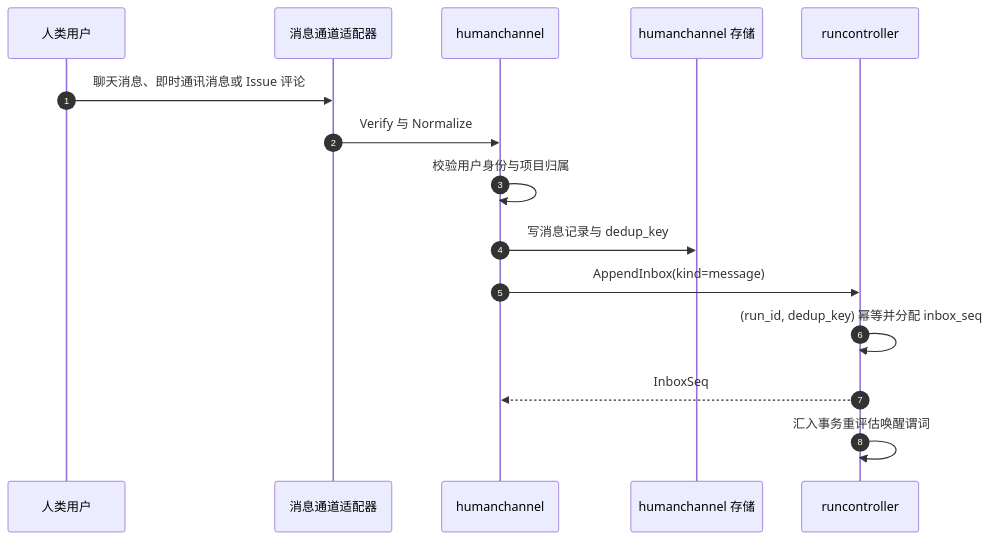
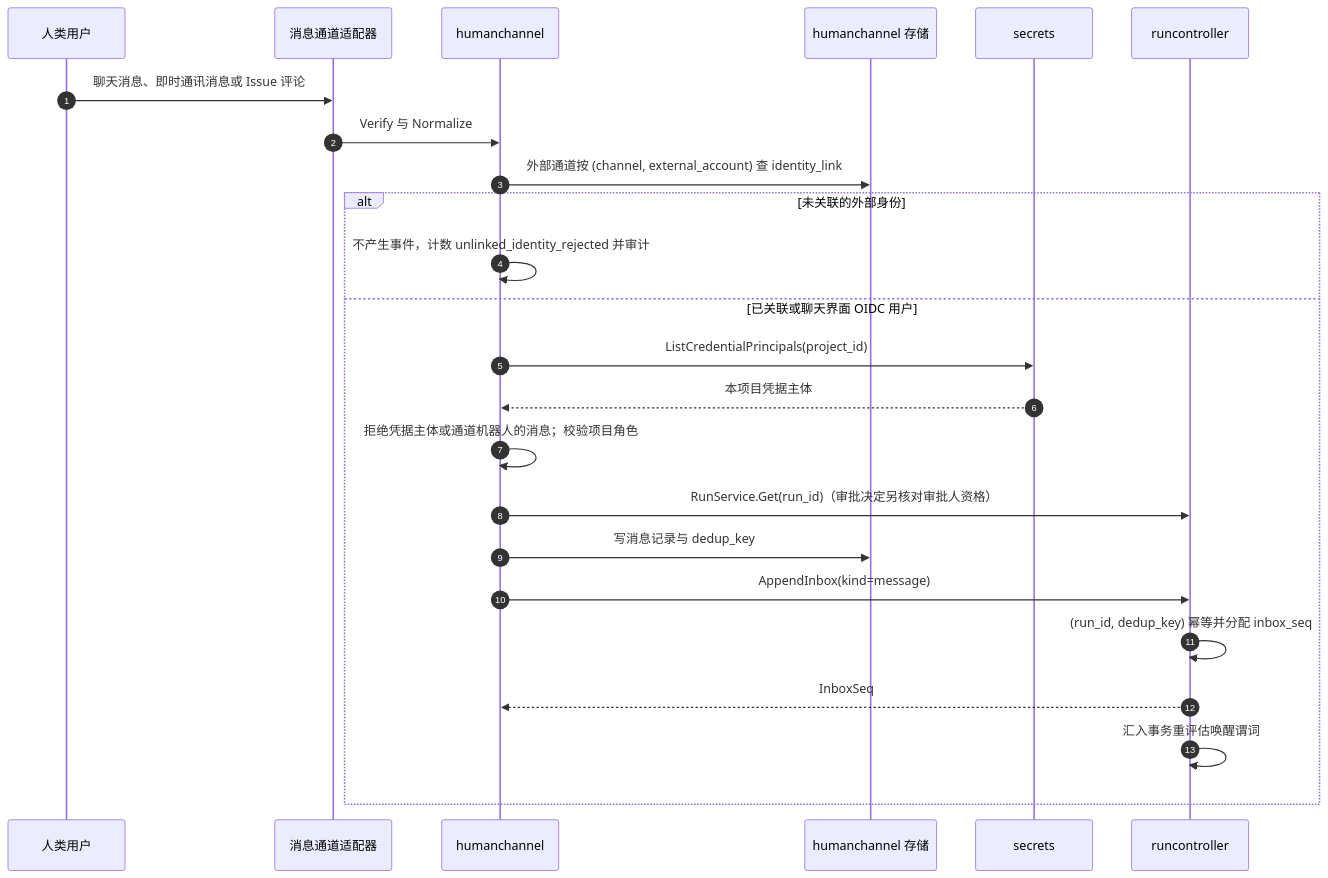
Before and after one commit to wangzw/castworks: the first of 4 diagrams in docs/design/modules/design-humanchannel.md, drawn with Mermaid. The commit also changed other lines of this file and 29 other files, not shown here.

````diff
--- a/docs/design/modules/design-humanchannel.md
+++ b/docs/design/modules/design-humanchannel.md
@@ -185,17 +248,26 @@
 ```mermaid
 sequenceDiagram
     autonumber
     participant U as 人类用户
     participant A as 消息通道适配器
     participant H as humanchannel
     participant S as humanchannel 存储
+    participant K as secrets
     participant R as runcontroller
     U->>A: 聊天消息、即时通讯消息或 Issue 评论
     A->>H: Verify 与 Normalize
-    H->>H: 校验用户身份与项目归属
-    H->>S: 写消息记录与 dedup_key
-    H->>R: AppendInbox(kind=message)
-    R->>R: (run_id, dedup_key) 幂等并分配 inbox_seq
-    R-->>H: InboxSeq
-    R->>R: 汇入事务重评估唤醒谓词
+    H->>S: 外部通道按 (channel, external_account) 查 identity_link
+    alt 未关联的外部身份
+        H->>H: 不产生事件，计数 unlinked_identity_rejected 并审计
+    else 已关联或聊天界面 OIDC 用户
+        H->>K: ListCredentialPrincipals(project_id)
+        K-->>H: 本项目凭据主体
+        H->>H: 拒绝凭据主体或通道机器人的消息；校验项目角色
+        H->>R: RunService.Get(run_id)（审批决定另核对审批人资格）
+        H->>S: 写消息记录与 dedup_key
+        H->>R: AppendInbox(kind=message)
+        R->>R: (run_id, dedup_key) 幂等并分配 inbox_seq
+        R-->>H: InboxSeq
+        R->>R: 汇入事务重评估唤醒谓词
+    end
 ```
````
